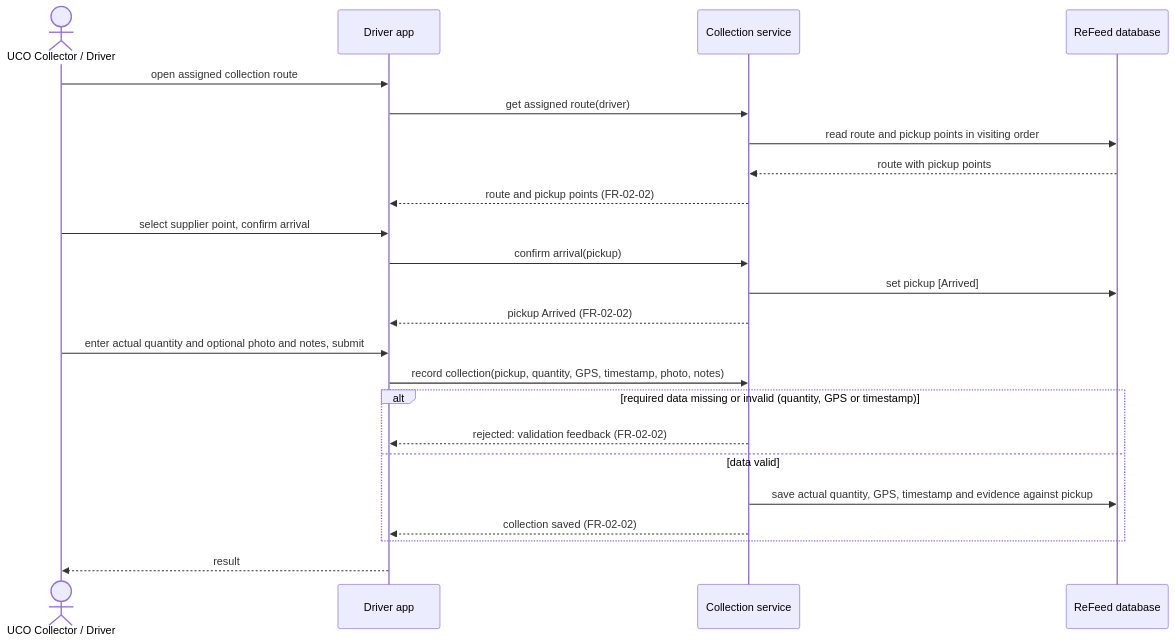
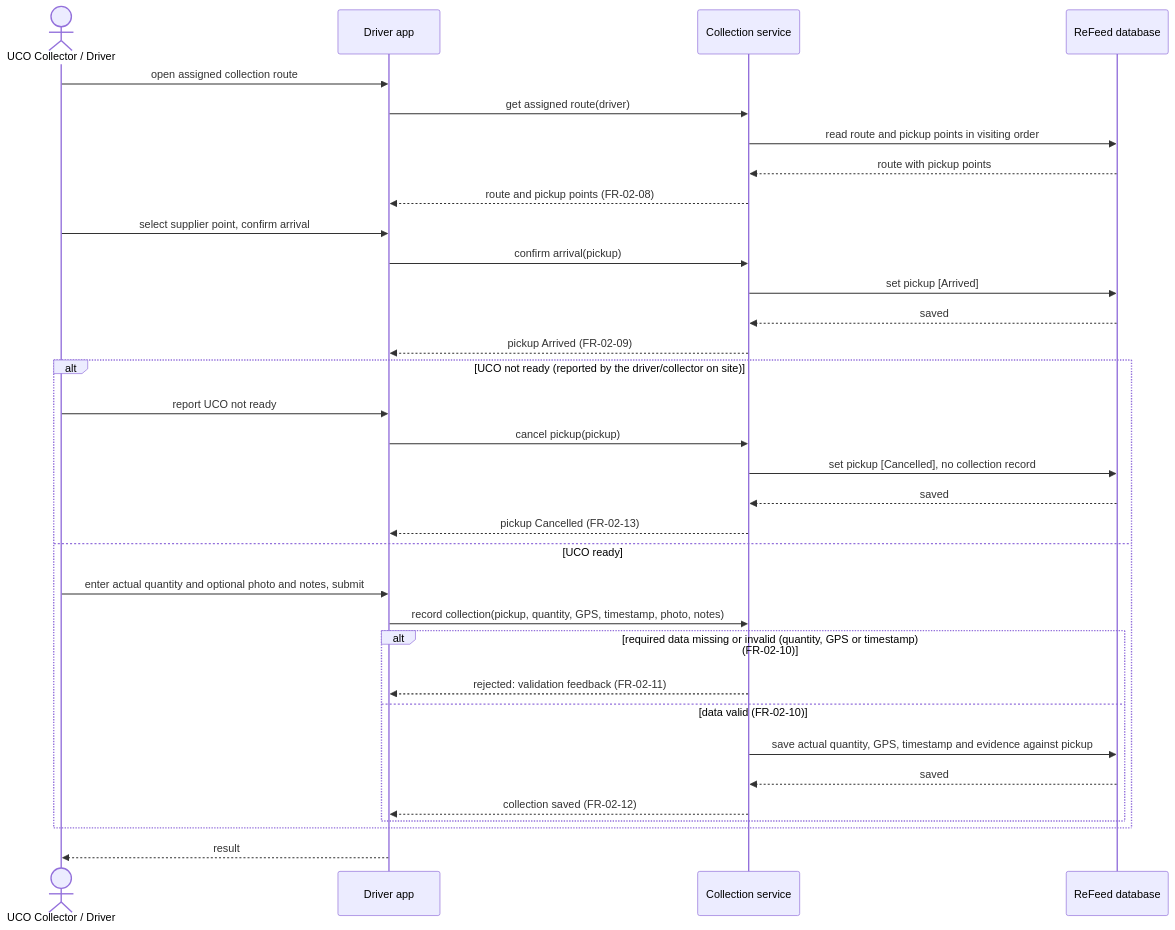
One commit to thuyvicbh-alt/DBIZ2---GROUP-D changed the diagram in docs/use-case/SD-UC-06.md. Above: the diagram before and after it, drawn with Mermaid. The commit also changed other lines of this file, not shown here.

Commit message:
Update use case SD-UC-06 with new version and FRs
Updated version and functional requirements in the use case document. Revised sequence diagram details to reflect changes in pickup confirmation process.

````diff
--- a/docs/use-case/SD-UC-06.md
+++ b/docs/use-case/SD-UC-06.md
@@ -15,25 +15,35 @@
 ```mermaid
 sequenceDiagram
   actor C as UCO Collector / Driver
   participant A as Driver app
   participant P as Collection service
   participant D as ReFeed database
   C->>A: open assigned collection route
   A->>P: get assigned route(driver)
   P->>D: read route and pickup points in visiting order
   D-->>P: route with pickup points
-  P-->>A: route and pickup points (FR-02-02)
+  P-->>A: route and pickup points (FR-02-08)
   C->>A: select supplier point, confirm arrival
   A->>P: confirm arrival(pickup)
   P->>D: set pickup [Arrived]
-  P-->>A: pickup Arrived (FR-02-02)
-  C->>A: enter actual quantity and optional photo and notes, submit
-  A->>P: record collection(pickup, quantity, GPS, timestamp, photo, notes)
-  alt required data missing or invalid (quantity, GPS or timestamp)
-    P-->>A: rejected: validation feedback (FR-02-02)
-  else data valid
-    P->>D: save actual quantity, GPS, timestamp and evidence against pickup
-    P-->>A: collection saved (FR-02-02)
+  D-->>P: saved
+  P-->>A: pickup Arrived (FR-02-09)
+  alt UCO not ready (reported by the driver/collector on site)
+    C->>A: report UCO not ready
+    A->>P: cancel pickup(pickup)
+    P->>D: set pickup [Cancelled], no collection record
+    D-->>P: saved
+    P-->>A: pickup Cancelled (FR-02-13)
+  else UCO ready
+    C->>A: enter actual quantity and optional photo and notes, submit
+    A->>P: record collection(pickup, quantity, GPS, timestamp, photo, notes)
+    alt required data missing or invalid (quantity, GPS or timestamp) (FR-02-10)
+      P-->>A: rejected: validation feedback (FR-02-11)
+    else data valid (FR-02-10)
+      P->>D: save actual quantity, GPS, timestamp and evidence against pickup
+      D-->>P: saved
+      P-->>A: collection saved (FR-02-12)
+    end
   end
   A-->>C: result
 ```
````
